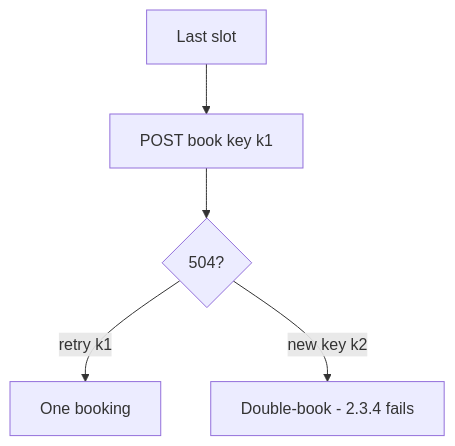
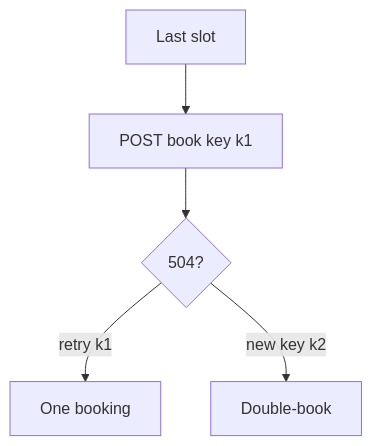
Before and after one commit to ishitvagoel/LearnSecurity: the diagram in content/modules/2/2.4/lessons/07-transfer.md, drawn with Mermaid. The commit also changed other lines of this file and 7 other files, not shown here.

````diff
--- a/content/modules/2/2.4/lessons/07-transfer.md
+++ b/content/modules/2/2.4/lessons/07-transfer.md
@@ -26,7 +27,7 @@
 ```mermaid
 flowchart TD
   Slot["Last slot"] --> P1["POST book key k1"]
   P1 --> Timeout{504?}
   Timeout -->|retry k1| One[One booking]
-  Timeout -->|new key k2| Two["Double-book - 2.3.4 fails"]
+  Timeout -->|new key k2| Two["Double-book"]
 ```
````
